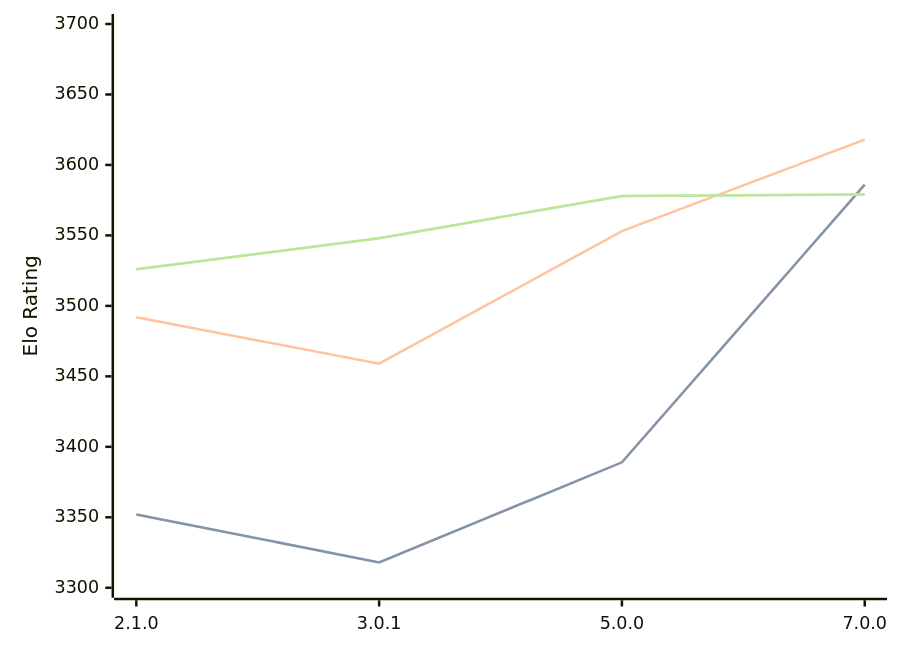
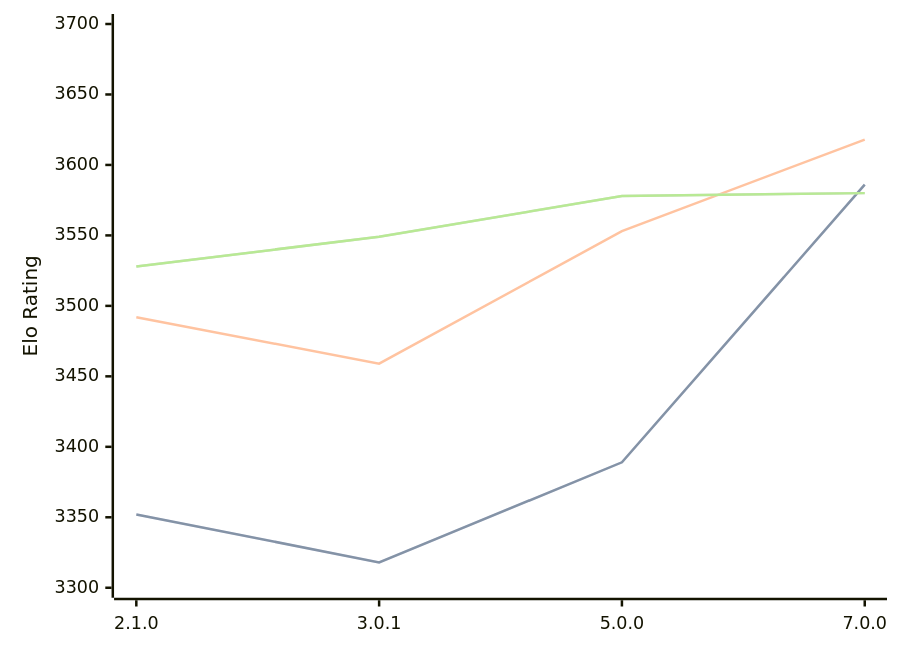
The diagram in engines/PlentyChess.md (computer-chess-index/cci), drawn with Mermaid before and after one commit. The commit also changed other lines of this file, not shown here.

Commit message:
Update CCI Ratings (ELO VLTC) - 2026-04-03

````diff
--- a/engines/PlentyChess.md
+++ b/engines/PlentyChess.md
@@ -45,11 +45,11 @@
 ```mermaid
 %%{init: {"theme":"base","themeVariables":{"seriesColors:['#a3a3a3','#222221','#faa371']}}}%%
 xychart-beta
   x-axis ["2.1.0", "3.0.1", "5.0.0", "7.0.0"]
   y-axis "Elo Rating" 3300 --> 3700
   line "STC (8.0+0.08s)" [3352, 3318, 3389, 3586]
   line "STC (8.0+0.08s)" [3352, 3318, 3389, 3586]
   line "LTC (60.0+0.60s)" [3492, 3459, 3553, 3618]
-  line "VLTC (2m24s+1.12s)" [3526, 3548, 3578, 3579]
-  line "VLTC (2m24s+1.12s)" [3526, 3548, 3578, 3579]
+  line "VLTC (2m24s+1.12s)" [3528, 3549, 3578, 3580]
+  line "VLTC (2m24s+1.12s)" [3528, 3549, 3578, 3580]
 ```
````
